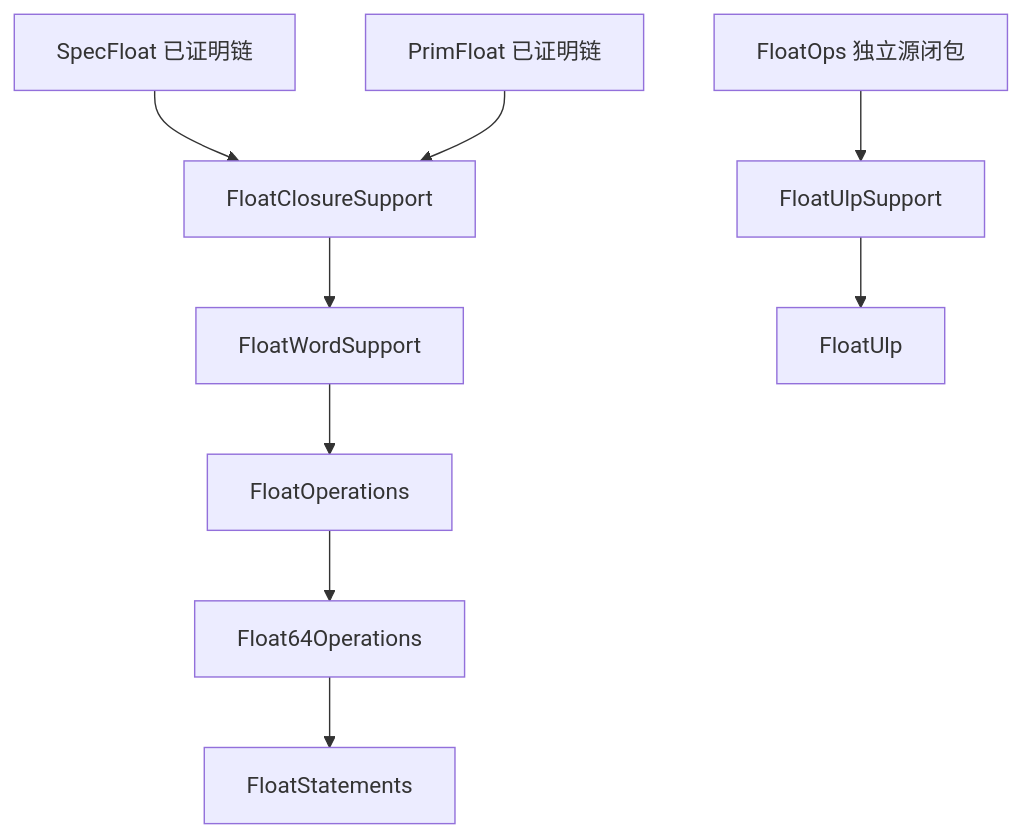
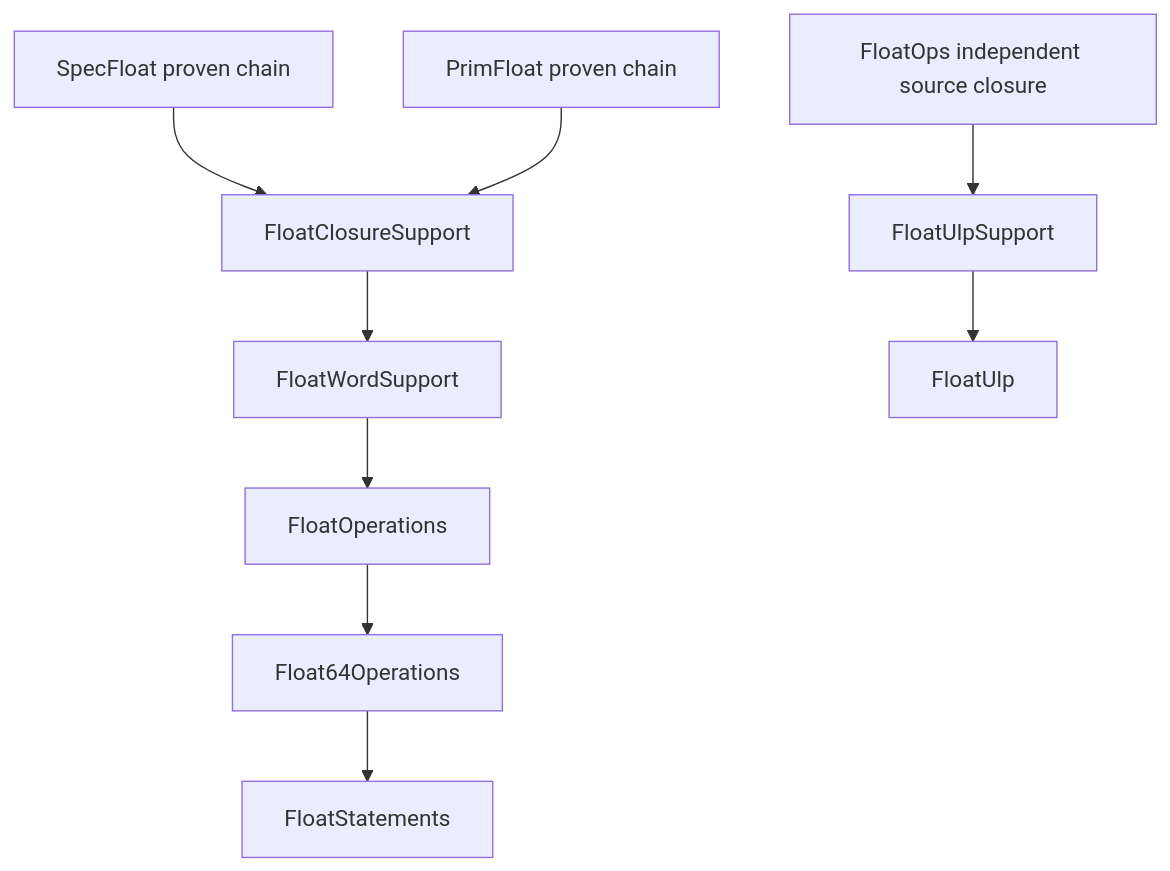
Before and after one commit to jackooo-dddd/rocq-core: diagram 25 of 26 in experiments/incremental-correspondence-20261019/DAG.md, drawn with Mermaid. The commit also changed other lines of this file and 701 other files, not shown here.

````diff
--- a/experiments/incremental-correspondence-20261019/DAG.md
+++ b/experiments/incremental-correspondence-20261019/DAG.md
@@ -659,11 +659,11 @@
 ```mermaid
 flowchart TD
-  Symbolic[SpecFloat 已证明链] --> FloatClosureSupport
-  Primitive[PrimFloat 已证明链] --> FloatClosureSupport
+  Symbolic[SpecFloat proven chain] --> FloatClosureSupport
+  Primitive[PrimFloat proven chain] --> FloatClosureSupport
   FloatClosureSupport --> FloatWordSupport
   FloatWordSupport --> FloatOperations
   FloatOperations --> Float64Operations
   Float64Operations --> FloatStatements
-  FloatOpsClosure[FloatOps 独立源闭包] --> FloatUlpSupport
+  FloatOpsClosure[FloatOps independent source closure] --> FloatUlpSupport
   FloatUlpSupport --> FloatUlp
 ```
````
